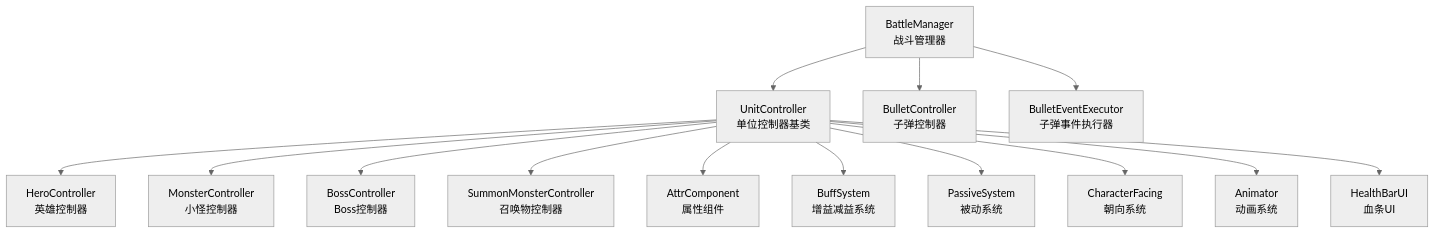
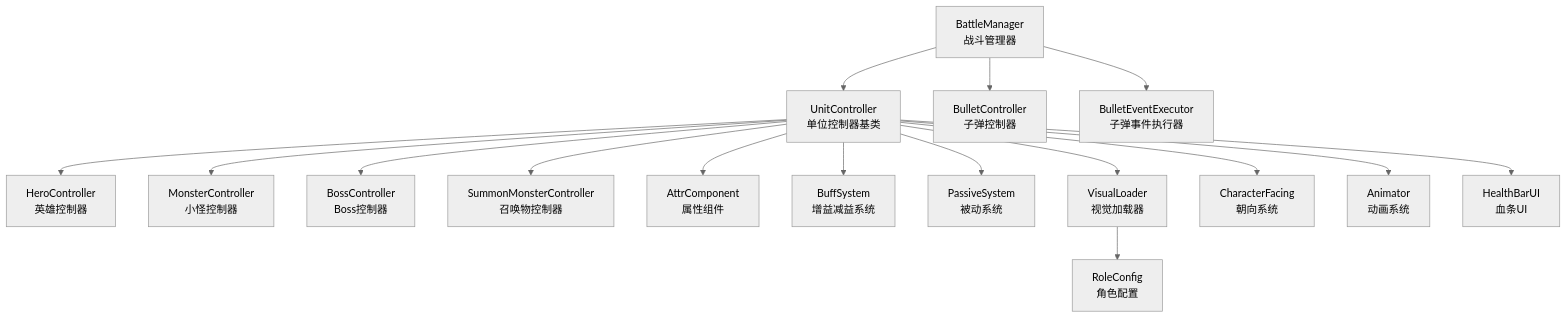
The first of 7 diagrams in .qoder/repowiki/zh/content/战斗系统/角色控制器/角色控制器.md (Tuusen/p1_client), drawn with Mermaid (neutral theme) before and after one commit. The commit also changed other lines of this file and 5 other files, not shown here.

````diff
--- a/.qoder/repowiki/zh/content/战斗系统/角色控制器/角色控制器.md
+++ b/.qoder/repowiki/zh/content/战斗系统/角色控制器/角色控制器.md
@@ -41,16 +55,18 @@
 ```mermaid
 graph TB
 BM["BattleManager<br/>战斗管理器"] --> UC["UnitController<br/>单位控制器基类"]
 UC --> HC["HeroController<br/>英雄控制器"]
 UC --> MC["MonsterController<br/>小怪控制器"]
 UC --> BC["BossController<br/>Boss控制器"]
 UC --> SM["SummonMonsterController<br/>召唤物控制器"]
 UC --> AC["AttrComponent<br/>属性组件"]
 UC --> BS["BuffSystem<br/>增益减益系统"]
 UC --> PS["PassiveSystem<br/>被动系统"]
+UC --> VL["VisualLoader<br/>视觉加载器"]
 UC --> CF["CharacterFacing<br/>朝向系统"]
 UC --> AN["Animator<br/>动画系统"]
 UC --> HPB["HealthBarUI<br/>血条UI"]
+VL --> RC["RoleConfig<br/>角色配置"]
 BM --> BLT["BulletController<br/>子弹控制器"]
 BM --> BE["BulletEventExecutor<br/>子弹事件执行器"]
 ```
````
